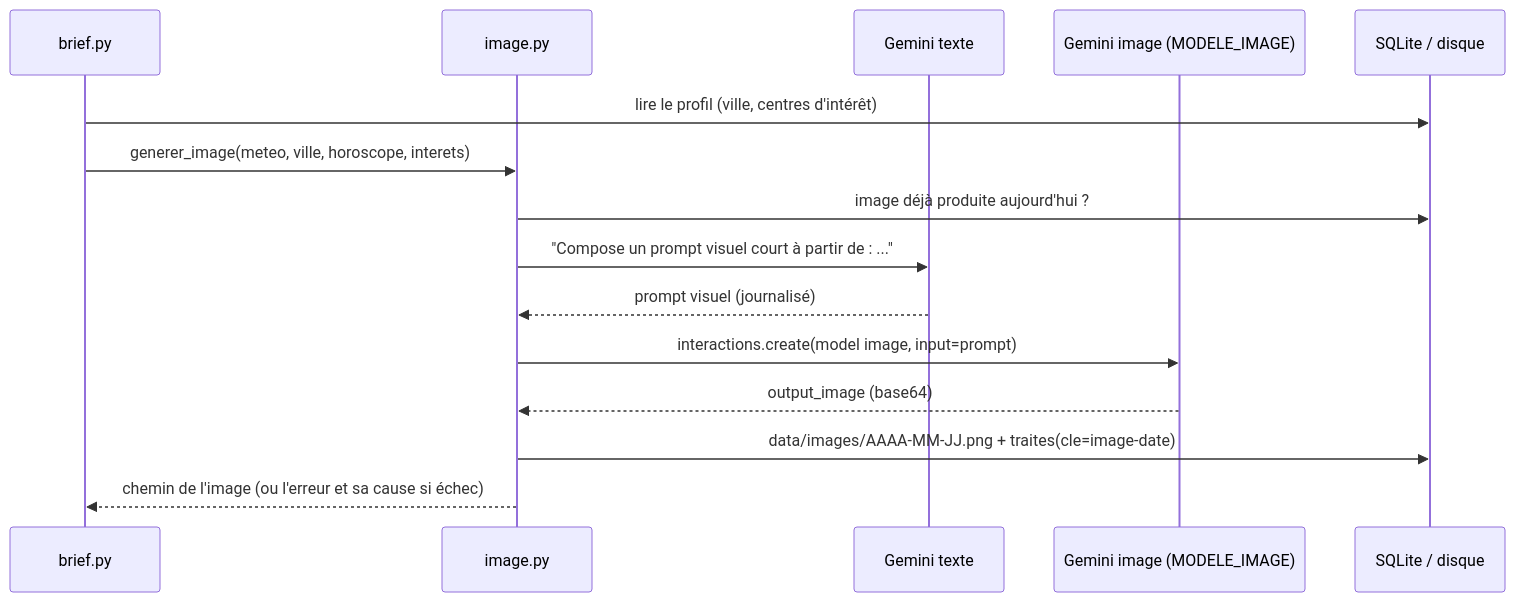
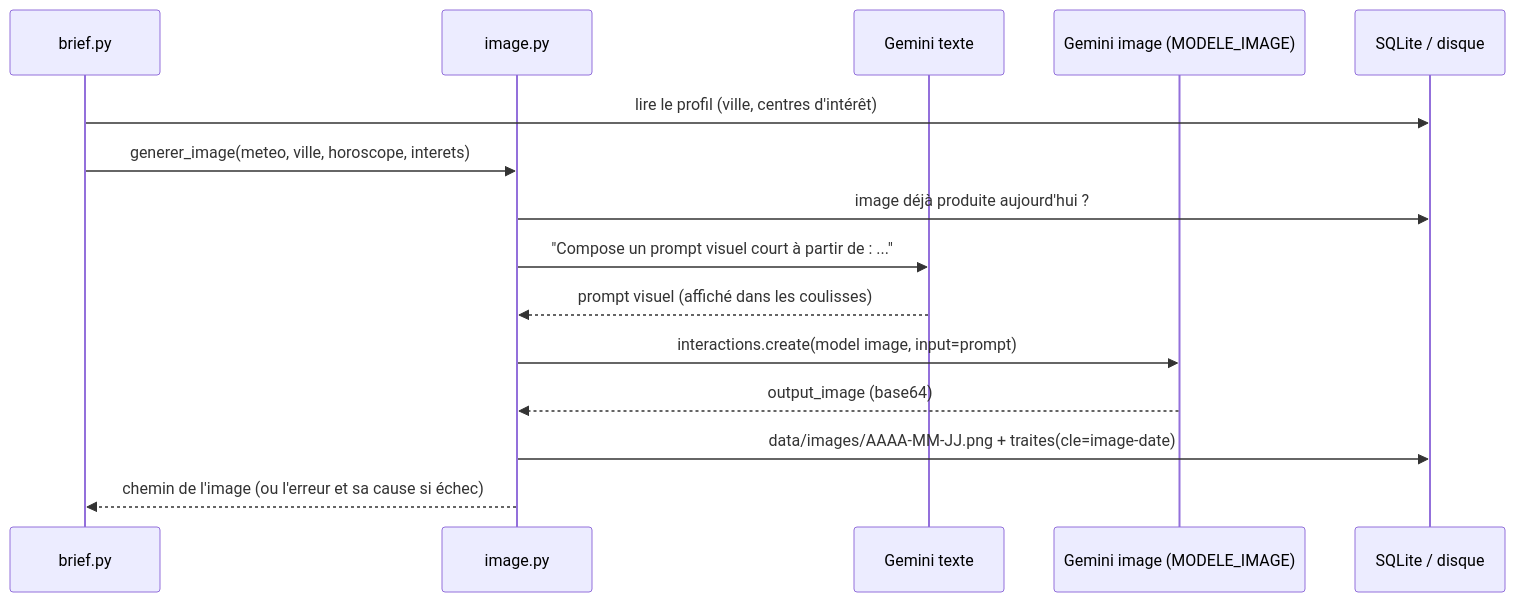
One commit to lecinquiemejour-code/goodvibe-tuto changed diagram 30 of 44 in tuto-goodvibe-vibecoding.md. Above: the diagram before and after it, drawn with Mermaid. The commit also changed other lines of this file, not shown here.

First line of the commit message:
docs(tuto): le prompt visuel se lit dans les coulisses, il ne s'enregistre ni au journal ni dans les logs (fiche 10)

````diff
--- a/tuto-goodvibe-vibecoding.md
+++ b/tuto-goodvibe-vibecoding.md
@@ -1263,17 +1263,17 @@
 ```mermaid
 sequenceDiagram
     participant B as brief.py
     participant I as image.py
     participant G as Gemini texte
     participant N as Gemini image (MODELE_IMAGE)
     participant D as SQLite / disque
     B->>D: lire le profil (ville, centres d'intérêt)
     B->>I: generer_image(meteo, ville, horoscope, interets)
     I->>D: image déjà produite aujourd'hui ?
     I->>G: "Compose un prompt visuel court à partir de : ..."
-    G-->>I: prompt visuel (journalisé)
+    G-->>I: prompt visuel (affiché dans les coulisses)
     I->>N: interactions.create(model image, input=prompt)
     N-->>I: output_image (base64)
     I->>D: data/images/AAAA-MM-JJ.png + traites(cle=image-date)
     I-->>B: chemin de l'image (ou l'erreur et sa cause si échec)
 ```
````
